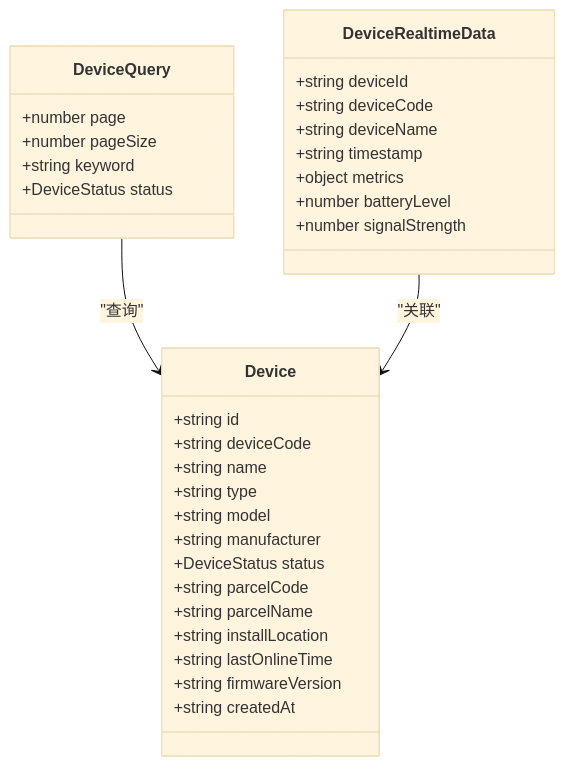
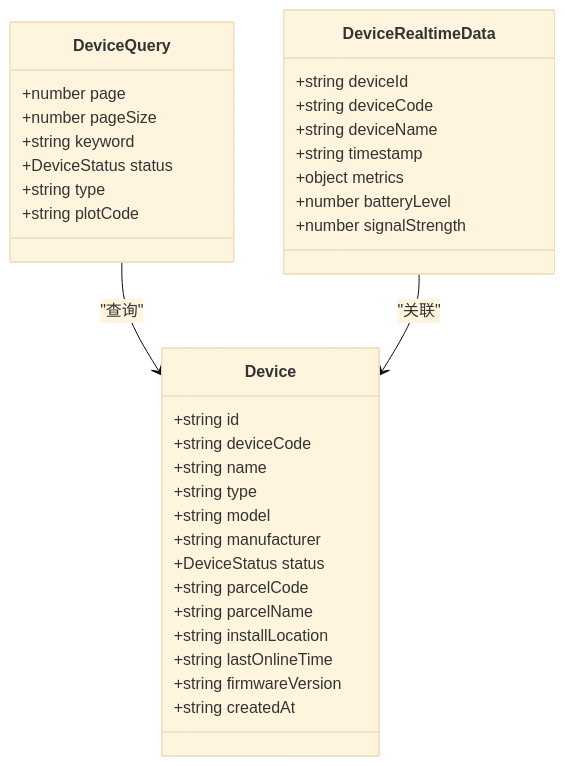
The eighth of 9 diagrams in .qoder/repowiki/zh/content/前端应用文档/核心页面/设备监控页面/设备列表页面.md (q446328246/agri-platform), drawn with Mermaid (base theme) before and after one commit. The commit also changed other lines of this file and 39 other files, not shown here.

````diff
--- a/.qoder/repowiki/zh/content/前端应用文档/核心页面/设备监控页面/设备列表页面.md
+++ b/.qoder/repowiki/zh/content/前端应用文档/核心页面/设备监控页面/设备列表页面.md
@@ -253,35 +334,37 @@
 ```mermaid
 classDiagram
 class Device {
 +string id
 +string deviceCode
 +string name
 +string type
 +string model
 +string manufacturer
 +DeviceStatus status
 +string parcelCode
 +string parcelName
 +string installLocation
 +string lastOnlineTime
 +string firmwareVersion
 +string createdAt
 }
 class DeviceQuery {
 +number page
 +number pageSize
 +string keyword
 +DeviceStatus status
++string type
++string plotCode
 }
 class DeviceRealtimeData {
 +string deviceId
 +string deviceCode
 +string deviceName
 +string timestamp
 +object metrics
 +number batteryLevel
 +number signalStrength
 }
 DeviceQuery --> Device : "查询"
 DeviceRealtimeData --> Device : "关联"
 ```
````
